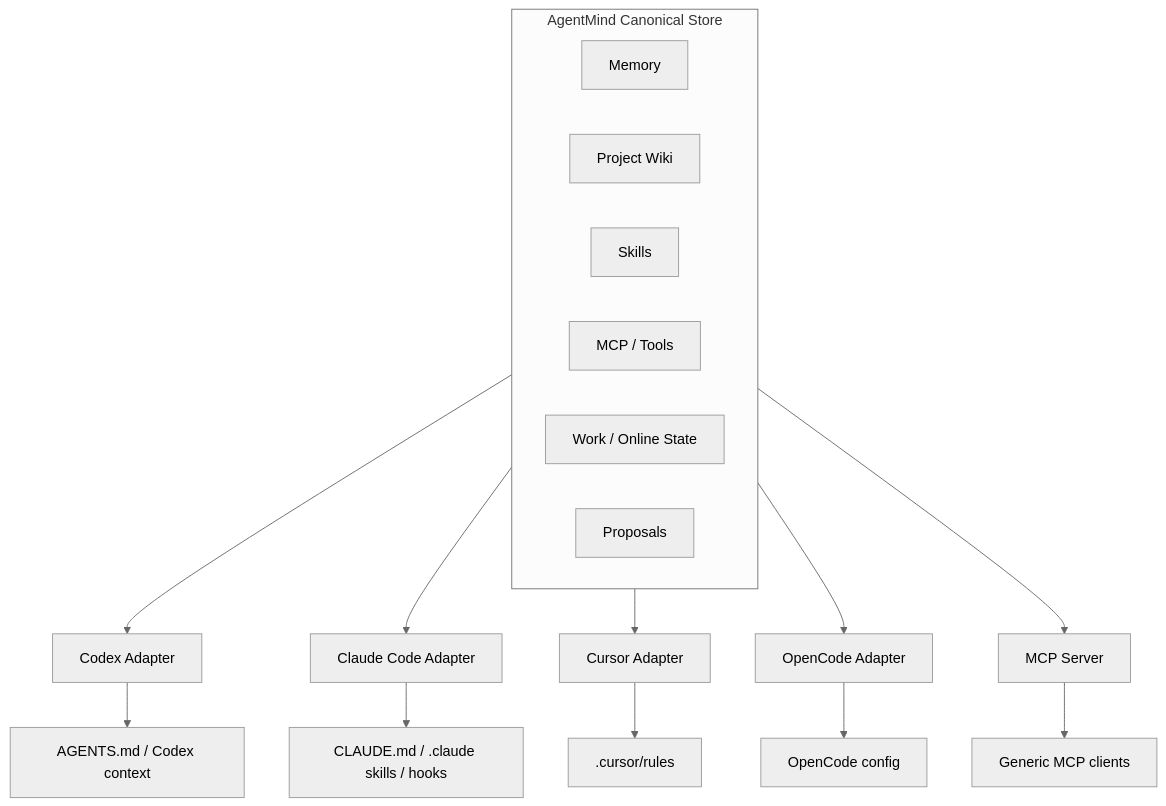
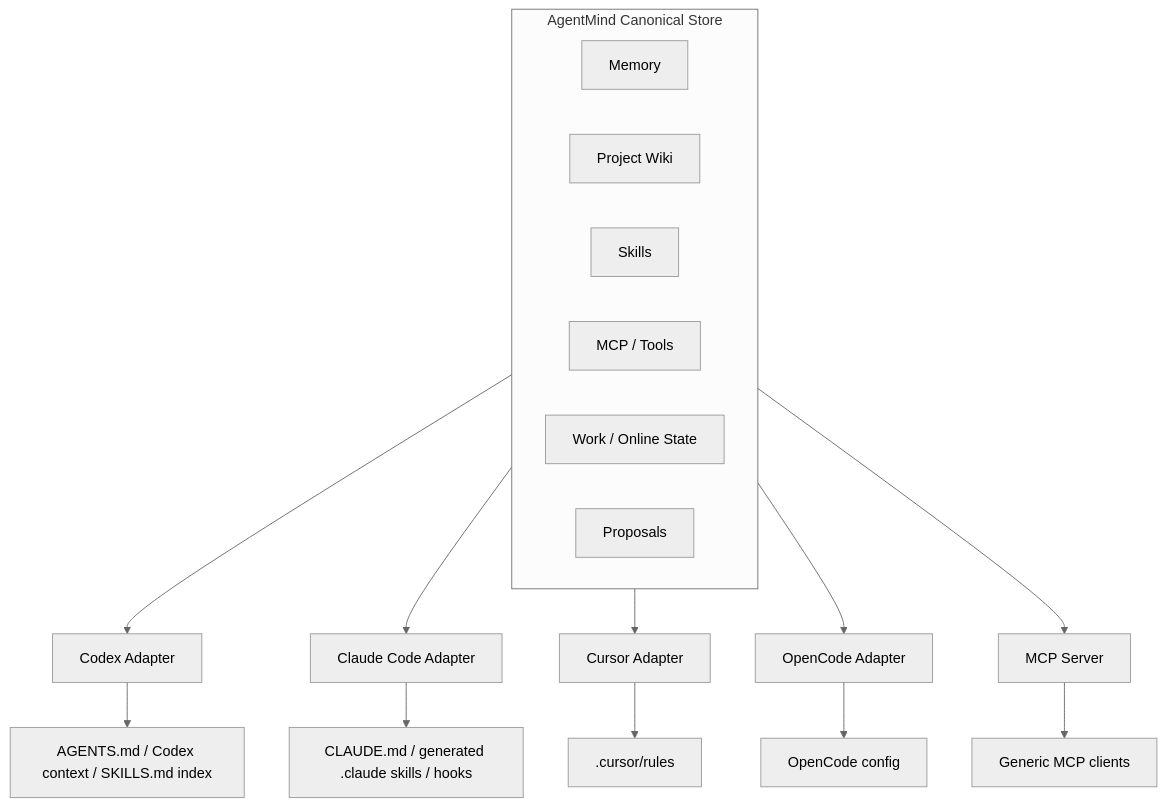
One commit to generatorrwl/agentmind changed the fourth of 6 diagrams in PRODUCT_PRD.md. Above: the diagram before and after it, drawn with Mermaid (neutral theme). The commit also changed other lines of this file and 12 other files, not shown here.

Commit message:
Complete AgentMind MVP flows

````diff
--- a/PRODUCT_PRD.md
+++ b/PRODUCT_PRD.md
@@ -464,23 +485,23 @@
 ```mermaid
 flowchart TB
   subgraph Canonical[AgentMind Canonical Store]
     M[Memory]
     W[Project Wiki]
     S[Skills]
     T[MCP / Tools]
     Q[Work / Online State]
     P[Proposals]
   end
 
   Canonical --> AC[Codex Adapter]
   Canonical --> ACL[Claude Code Adapter]
   Canonical --> AR[Cursor Adapter]
   Canonical --> AO[OpenCode Adapter]
   Canonical --> AM[MCP Server]
 
-  AC --> C1[AGENTS.md / Codex context]
-  ACL --> C2[CLAUDE.md / .claude skills / hooks]
+  AC --> C1[AGENTS.md / Codex context / SKILLS.md index]
+  ACL --> C2[CLAUDE.md / generated .claude skills / hooks]
   AR --> C3[.cursor/rules]
   AO --> C4[OpenCode config]
   AM --> C5[Generic MCP clients]
 ```
````
